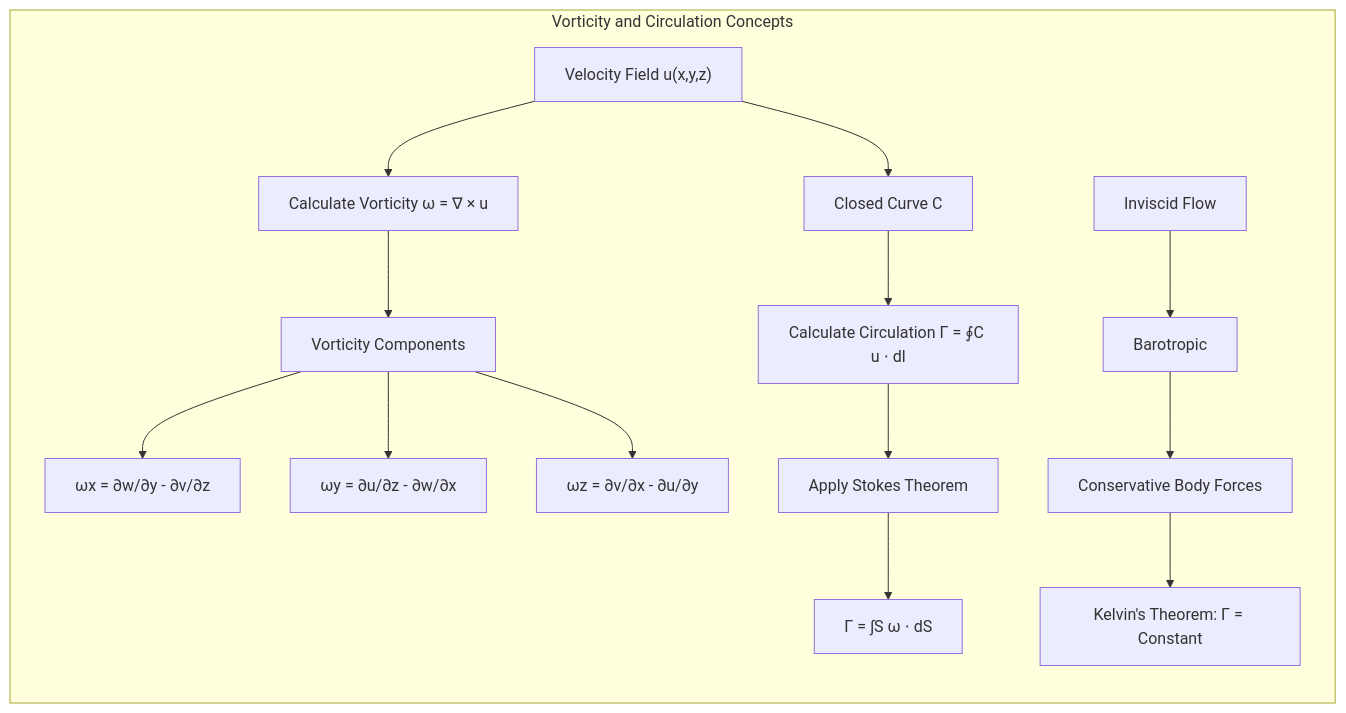
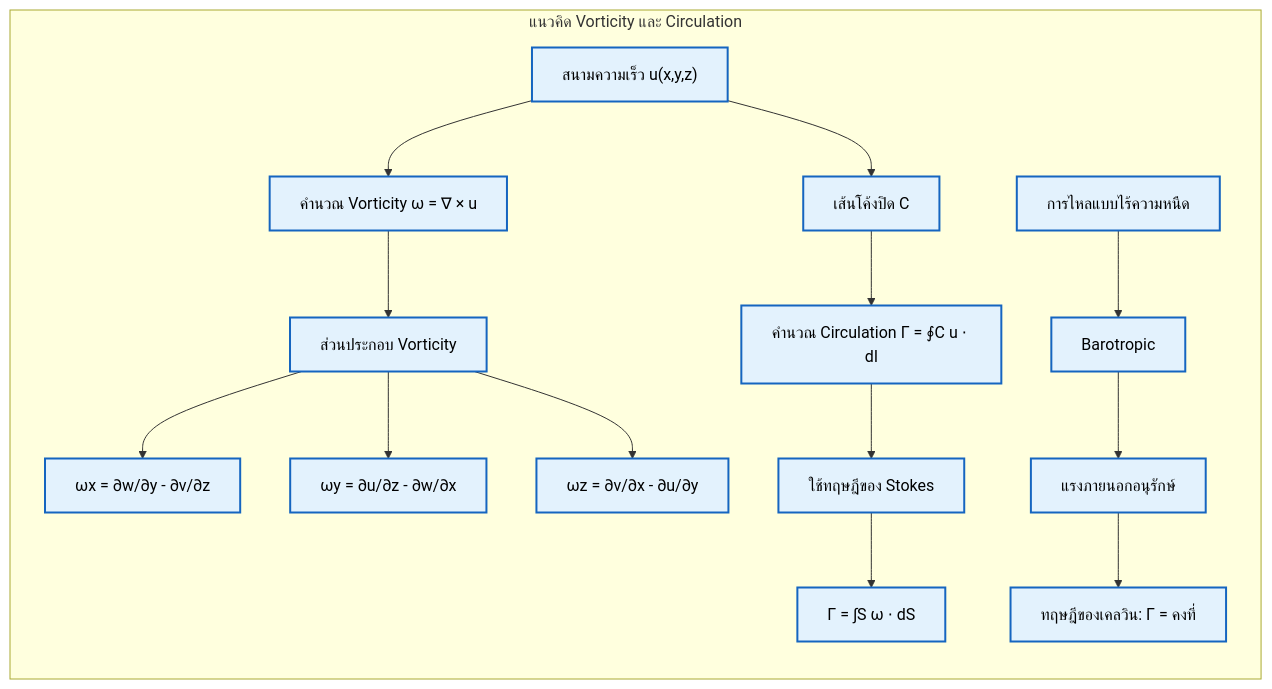
Before and after one commit to wramet/build-my-cfd: the ninth of 12 diagrams in MODULE_01_CFD_FUNDAMENTALS/lessons/01_fluid_mechanics_fundamentals.md, drawn with Mermaid. The commit also changed other lines of this file and 297 other files, not shown here.

Commit message:
Add explanation under mermaid diagram

````diff
--- a/MODULE_01_CFD_FUNDAMENTALS/lessons/01_fluid_mechanics_fundamentals.md
+++ b/MODULE_01_CFD_FUNDAMENTALS/lessons/01_fluid_mechanics_fundamentals.md
@@ -550,25 +561,23 @@
 ```mermaid
 graph LR
-    subgraph "Vorticity and Circulation Concepts"
-        A["Velocity Field u(x,y,z)"] --> B["Calculate Vorticity ω = ∇ × u"]
-        B --> C["Vorticity Components"]
+    subgraph "แนวคิด Vorticity และ Circulation"
+        A["สนามความเร็ว u(x,y,z)"] --> B["คำนวณ Vorticity ω = ∇ × u"]
+        B --> C["ส่วนประกอบ Vorticity"]
         C --> Cx["ωx = ∂w/∂y - ∂v/∂z"]
         C --> Cy["ωy = ∂u/∂z - ∂w/∂x"]
         C --> Cz["ωz = ∂v/∂x - ∂u/∂y"]
-        
-        A --> D["Closed Curve C"]
-        D --> E["Calculate Circulation Γ = ∮C u ⋅ dl"]
-        E --> F["Apply Stokes Theorem"]
+
+        A --> D["เส้นโค้งปิด C"]
+        D --> E["คำนวณ Circulation Γ = ∮C u ⋅ dl"]
+        E --> F["ใช้ทฤษฎีของ Stokes"]
         F --> G["Γ = ∫S ω ⋅ dS"]
-        
-        H["Inviscid Flow"] --> I["Barotropic"]
-        I --> J["Conservative Body Forces"]
-        J --> K["Kelvin's Theorem: Γ = Constant"]
+
+        H["การไหลแบบไร้ความหนืด"] --> I["Barotropic"]
+        I --> J["แรงภายนอกอนุรักษ์"]
+        J --> K["ทฤษฎีของเคลวิน: Γ = คงที่"]
     end
-    
-    %% Styling Definitions
+
     classDef process fill:#e3f2fd,stroke:#1565c0,stroke-width:2px,color:#000;
     classDef decision fill:#fff9c4,stroke:#fbc02d,stroke-width:2px,color:#000;
-    classDef terminator fill:#ffebee,stroke:#c62828,stroke-width:2px,color:#000;
-    classDef storage fill:#e8f5e9,stroke:#2e7d32,stroke-width:2px,color:#000;
+    class A,B,C,Cx,Cy,Cz,D,E,F,G,H,I,J,K process;
 ```
````
